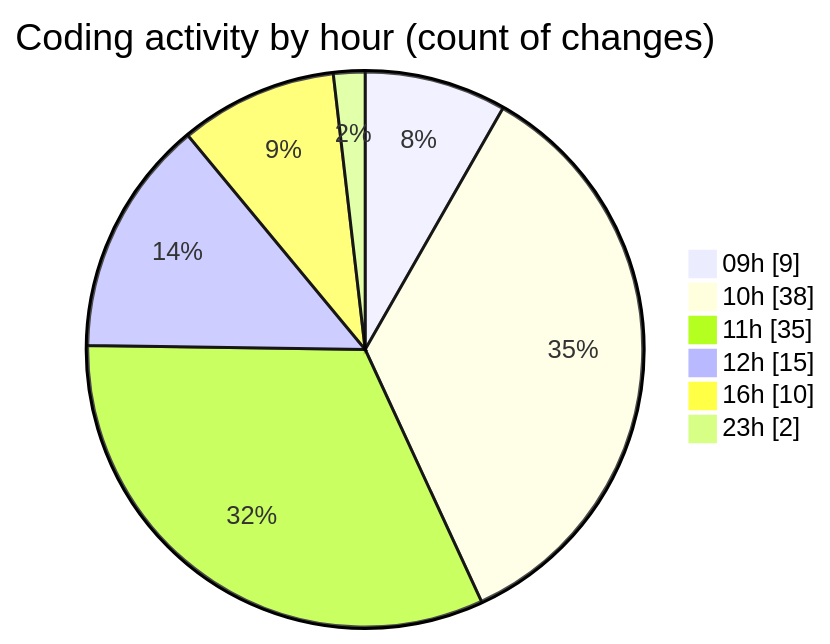
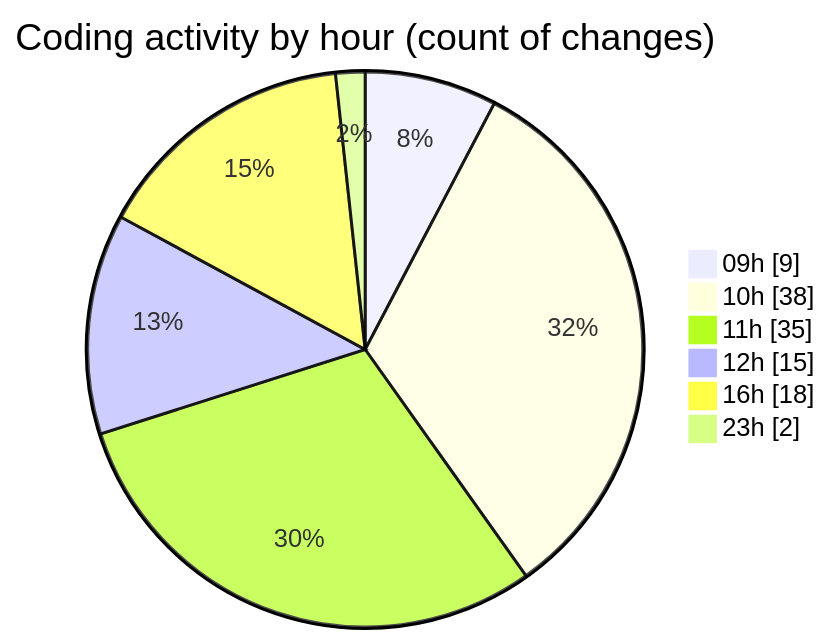
The second of 2 diagrams in 2025-05-19/niten/README.md (Elitesun/code-tracking), drawn with Mermaid before and after one commit. The commit also changed other lines of this file and 1 other file, not shown here.

````diff
--- a/2025-05-19/niten/README.md
+++ b/2025-05-19/niten/README.md
@@ -61,10 +64,10 @@
 ```mermaid
 pie showData
 title Coding activity by hour (count of changes)
 "09h" : 9
 "10h" : 38
 "11h" : 35
 "12h" : 15
-"16h" : 10
+"16h" : 18
 "23h" : 2
 ```
````
